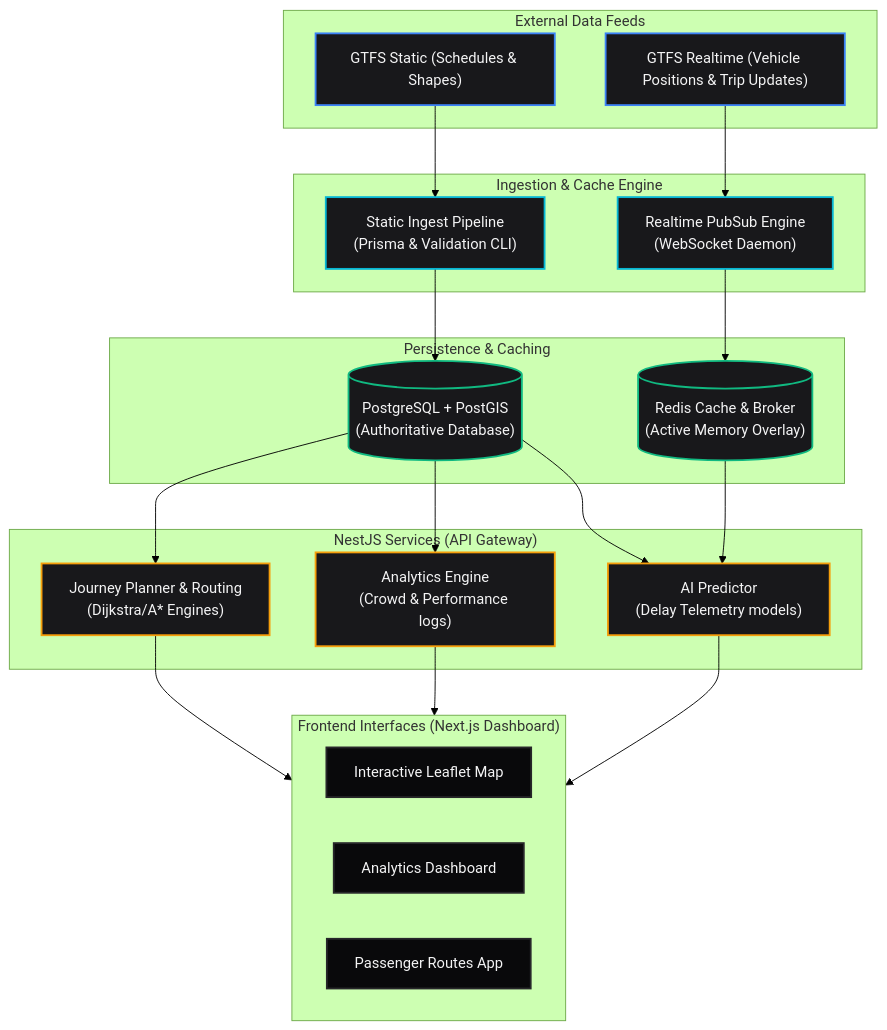
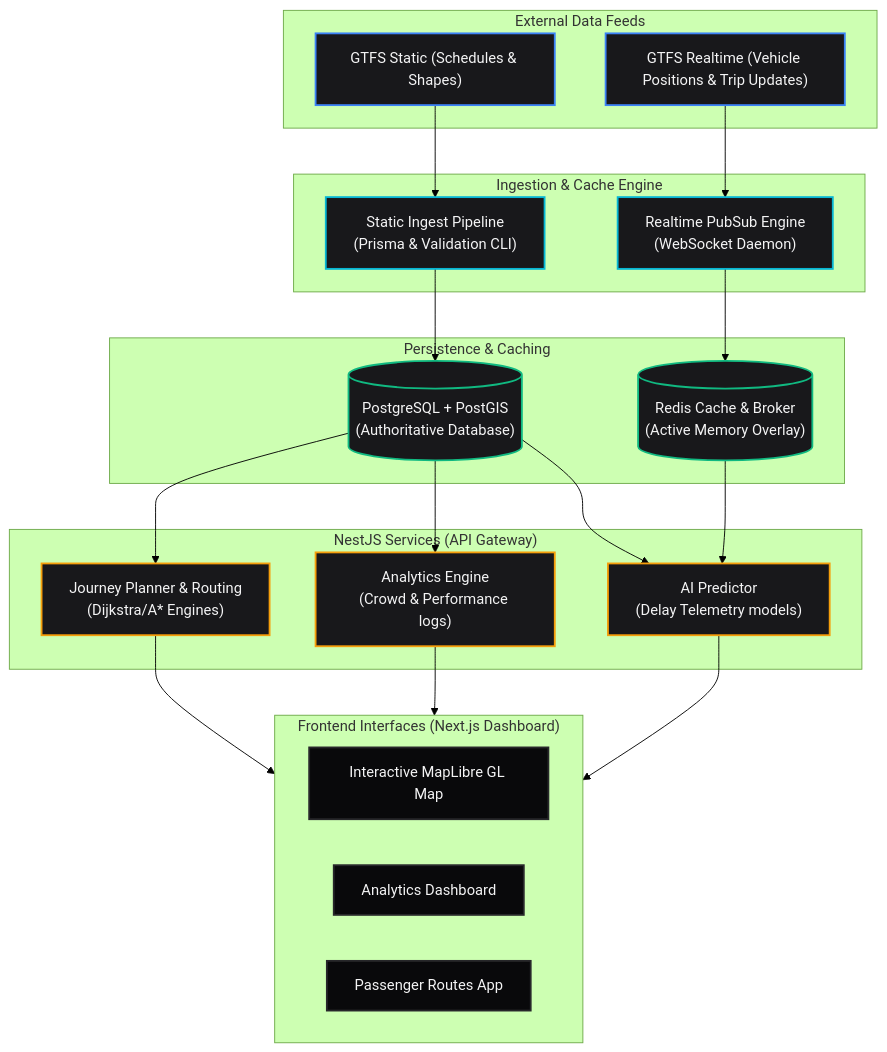
One commit to Gautam2665/MetroRadar changed the diagram in README.md. Above: the diagram before and after it, drawn with Mermaid (forest theme). The commit also changed 1 other file, not shown here.

Commit message:
docs: correct map-rendering engine references to MapLibre GL

````diff
--- a/README.md
+++ b/README.md
@@ -53,53 +53,53 @@
 ```mermaid
 flowchart TD
     %% Define Styles
     classDef datasource fill:#18181b,stroke:#3b82f6,stroke-width:2px,color:#f4f4f5;
     classDef pipeline fill:#18181b,stroke:#06b6d4,stroke-width:2px,color:#f4f4f5;
     classDef storage fill:#18181b,stroke:#10b981,stroke-width:2px,color:#f4f4f5;
     classDef services fill:#18181b,stroke:#f59e0b,stroke-width:2px,color:#f4f4f5;
     classDef client fill:#09090b,stroke:#27272a,stroke-width:2px,color:#f4f4f5;
 
     %% Nodes
     subgraph DataSources["External Data Feeds"]
         GS["GTFS Static (Schedules & Shapes)"]:::datasource
         GR["GTFS Realtime (Vehicle Positions & Trip Updates)"]:::datasource
     end
 
     subgraph Pipelines["Ingestion & Cache Engine"]
         StaticWorker["Static Ingest Pipeline<br/>(Prisma & Validation CLI)"]:::pipeline
         RealtimeWorker["Realtime PubSub Engine<br/>(WebSocket Daemon)"]:::pipeline
     end
 
     subgraph Storage["Persistence & Caching"]
         Postgres[("PostgreSQL + PostGIS<br/>(Authoritative Database)")]:::storage
         RedisCache[("Redis Cache & Broker<br/>(Active Memory Overlay)")]:::storage
     end
 
     subgraph CoreServices["NestJS Services (API Gateway)"]
         JourneyAPI["Journey Planner & Routing<br/>(Dijkstra/A* Engines)"]:::services
         AnalyticsEngine["Analytics Engine<br/>(Crowd & Performance logs)"]:::services
         AIService["AI Predictor<br/>(Delay Telemetry models)"]:::services
     end
 
     subgraph Clients["Frontend Interfaces (Next.js Dashboard)"]
-        DynamicMaps["Interactive Leaflet Map"]:::client
+        DynamicMaps["Interactive MapLibre GL Map"]:::client
         AdminDashboard["Analytics Dashboard"]:::client
         CommuterApp["Passenger Routes App"]:::client
     end
 
     %% Relationships
     GS --> StaticWorker
     GR --> RealtimeWorker
 
     StaticWorker --> Postgres
     RealtimeWorker --> RedisCache
 
     Postgres --> JourneyAPI
     Postgres --> AnalyticsEngine
     RedisCache --> AIService
     Postgres --> AIService
 
     JourneyAPI --> Clients
     AnalyticsEngine --> Clients
     AIService --> Clients
 ```
````
